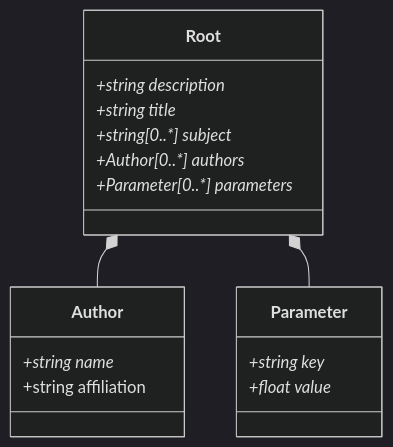
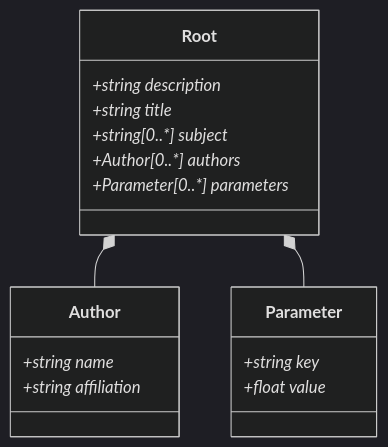
One commit to FAIRChemistry/EnzymePynetics changed the diagram in pyDataset/schemes/Dataset.md. Above: the diagram before and after it, drawn with Mermaid (dark theme). The commit also changed 3 other files, not shown here.

````diff
--- a/pyDataset/schemes/Dataset.md
+++ b/pyDataset/schemes/Dataset.md
@@ -1,24 +1,24 @@
 ```mermaid
 classDiagram
     Root *-- Author
     Root *-- Parameter
     
     class Root {
         +string description*
         +string title*
         +string[0..*] subject*
         +Author[0..*] authors*
         +Parameter[0..*] parameters*
     }
     
     class Author {
         +string name*
-        +string affiliation
+        +string affiliation*
     }
     
     class Parameter {
         +string key*
         +float value*
     }
     
 ```
````
